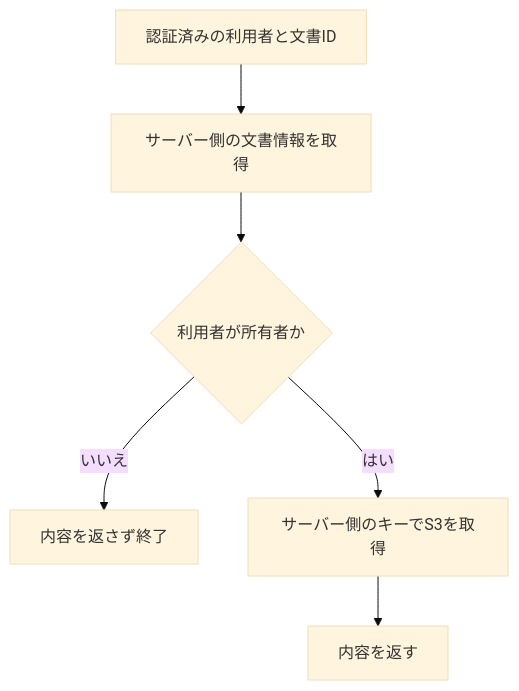
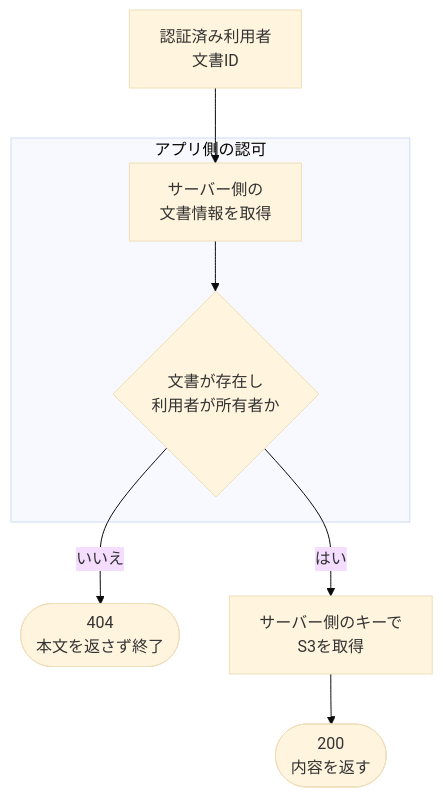
One commit to appar377/tech-note changed the diagram in articles/aws/iam/execution-role-and-user-authorization.mdx. Above: the diagram before and after it, drawn with Mermaid (base theme). The commit also changed other lines of this file and 51 other files, not shown here.

````diff
--- a/articles/aws/iam/execution-role-and-user-authorization.mdx
+++ b/articles/aws/iam/execution-role-and-user-authorization.mdx
@@ -80,8 +84,12 @@
 ```mermaid
 flowchart TD
-  A[認証済みの利用者と文書ID] --> B[サーバー側の文書情報を取得]
-  B --> C{利用者が所有者か}
-  C -->|いいえ| D[内容を返さず終了]
-  C -->|はい| E[サーバー側のキーでS3を取得]
-  E --> F[内容を返す]
+  accTitle: 文書の認可を終えてからS3を読む
+  accDescr: 認証済み利用者と文書IDからサーバー側の文書情報を取得する。文書が存在し、利用者が所有者ならサーバー側のキーでS3を読み内容を返す。それ以外はS3を読まず404で終了する。
+  A["認証済み利用者<br/>文書ID"] --> B
+  subgraph authorization["アプリ側の認可"]
+    B["サーバー側の<br/>文書情報を取得"] --> C{"文書が存在し<br/>利用者が所有者か"}
+  end
+  C -->|いいえ| D(["404<br/>本文を返さず終了"])
+  C -->|はい| E["サーバー側のキーで<br/>S3を取得"]
+  E --> F(["200<br/>内容を返す"])
 ```
````
